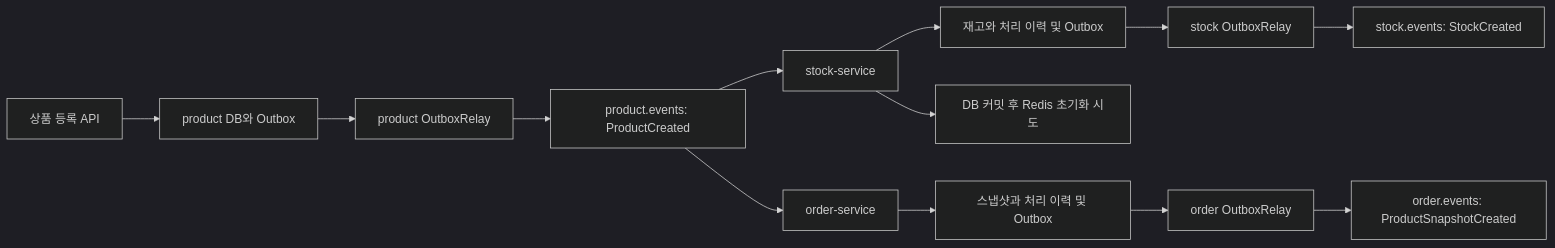
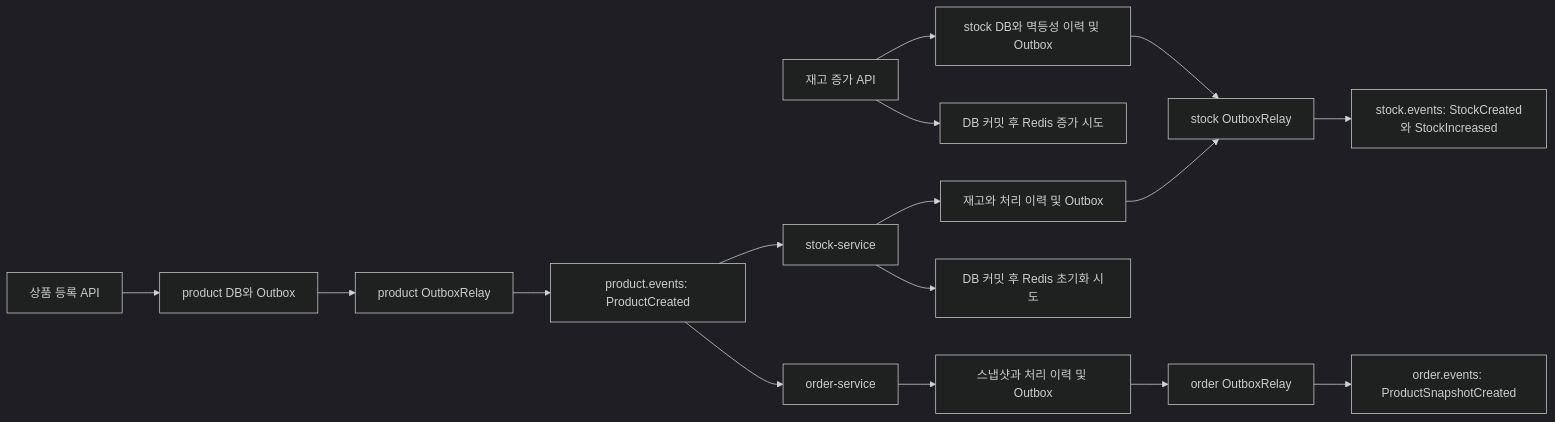
Before and after one commit to eda-practice-study/eda-practice: the diagram in design/architecture/events.md, drawn with Mermaid (dark theme). The commit also changed other lines of this file and 7 other files, not shown here.

````diff
--- a/design/architecture/events.md
+++ b/design/architecture/events.md
@@ -5,15 +5,18 @@
 ```mermaid
 flowchart LR
+    SI[재고 증가 API] --> SIDB[stock DB와 멱등성 이력 및 Outbox]
+    SIDB --> SR
+    SI --> SIR[DB 커밋 후 Redis 증가 시도]
     API[상품 등록 API] --> PDB[product DB와 Outbox]
     PDB --> PR[product OutboxRelay]
     PR --> PE[product.events: ProductCreated]
     PE --> SL[stock-service]
     PE --> OL[order-service]
     SL --> SDB[재고와 처리 이력 및 Outbox]
     SDB --> SR[stock OutboxRelay]
-    SR --> SE[stock.events: StockCreated]
+    SR --> SE[stock.events: StockCreated와 StockIncreased]
     SL --> R[DB 커밋 후 Redis 초기화 시도]
     OL --> ODB[스냅샷과 처리 이력 및 Outbox]
     ODB --> OR[order OutboxRelay]
     OR --> OE[order.events: ProductSnapshotCreated]
 ```
````
